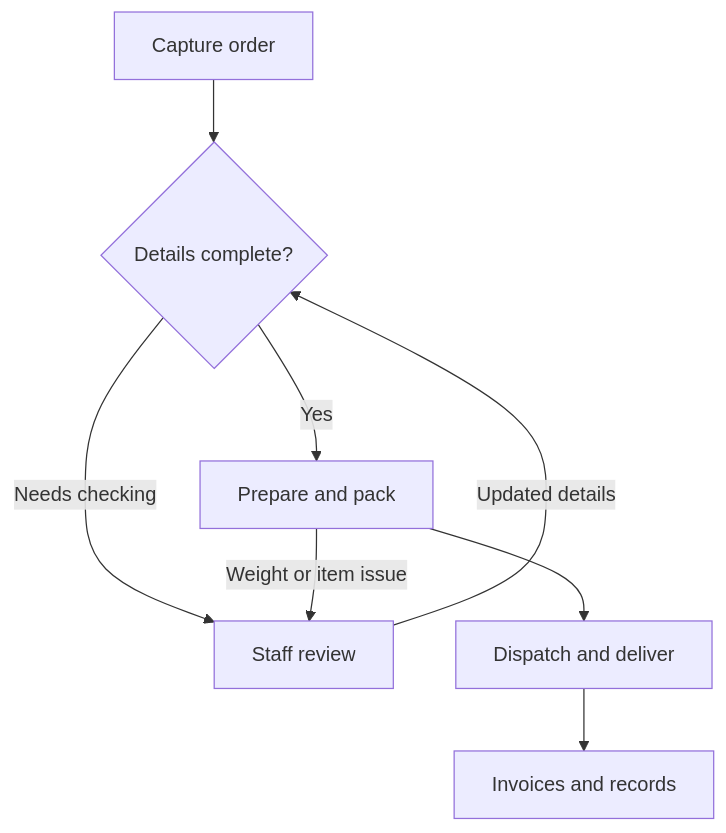
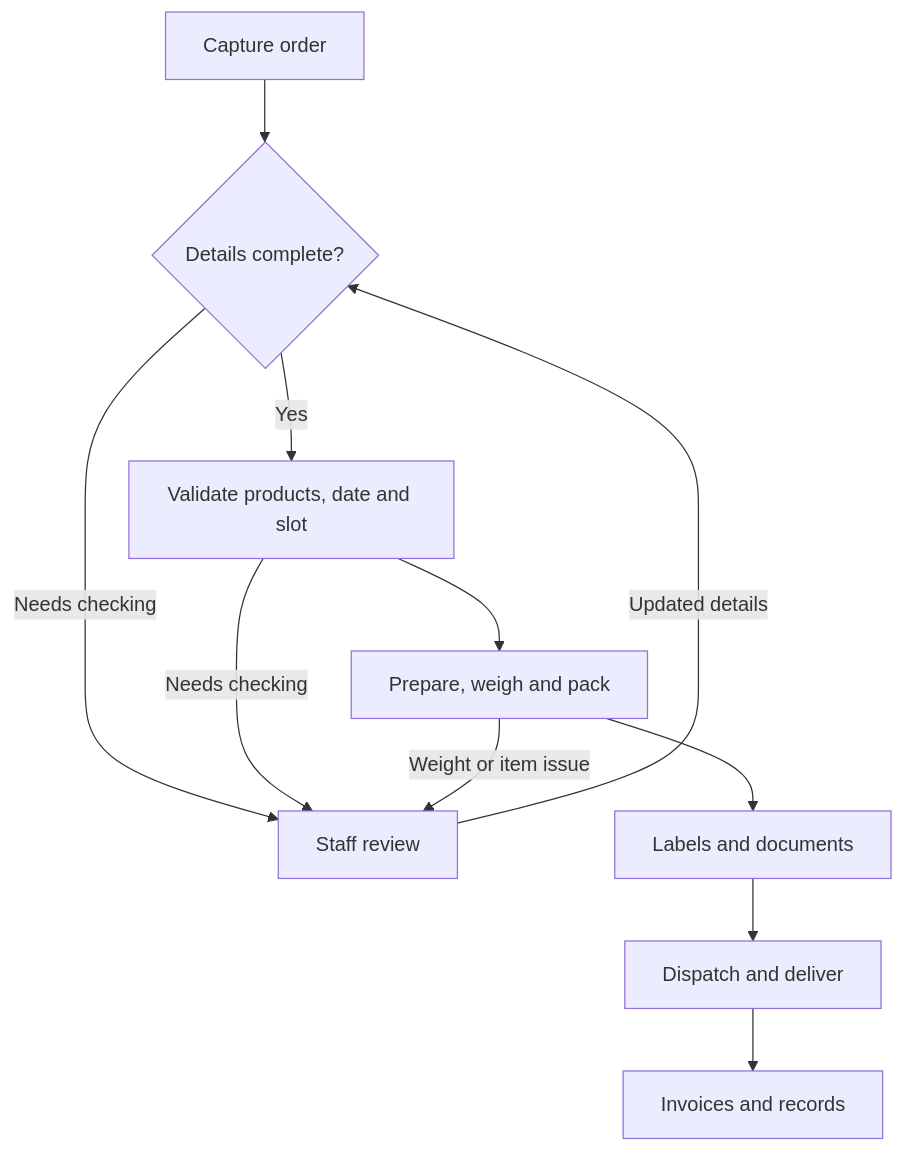
Before and after one commit to ShuaibSahib2017/meatorderpro-showcase: the first of 3 diagrams in README.md, drawn with Mermaid.

Commit message:
Refine simplified order workflow

````diff
--- a/README.md
+++ b/README.md
@@ -42,10 +42,13 @@
 ```mermaid
 flowchart TD
     A["Capture order"] --> B{"Details complete?"}
-    B -->|Yes| C["Prepare and pack"]
+    B -->|Yes| C["Validate products, date and slot"]
     B -->|Needs checking| R["Staff review"]
-    C -->|Weight or item issue| R
+    C -->|Needs checking| R
     R -->|Updated details| B
-    C --> D["Dispatch and deliver"]
-    D --> E["Invoices and records"]
+    C --> D["Prepare, weigh and pack"]
+    D -->|Weight or item issue| R
+    D --> E["Labels and documents"]
+    E --> F["Dispatch and deliver"]
+    F --> G["Invoices and records"]
 ```
````
